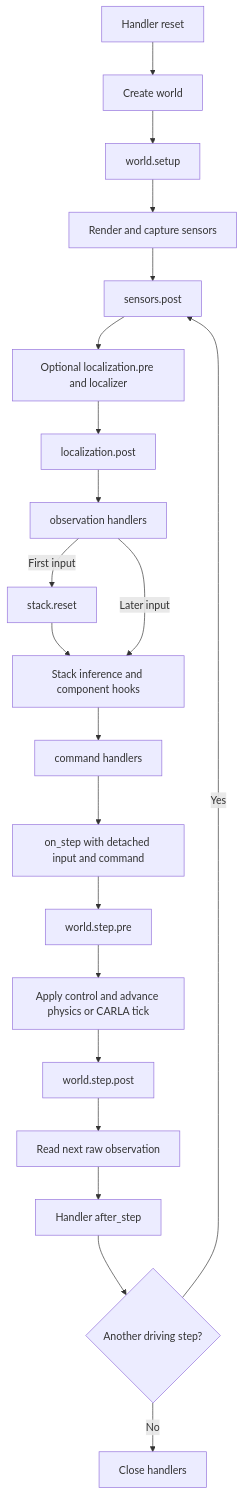
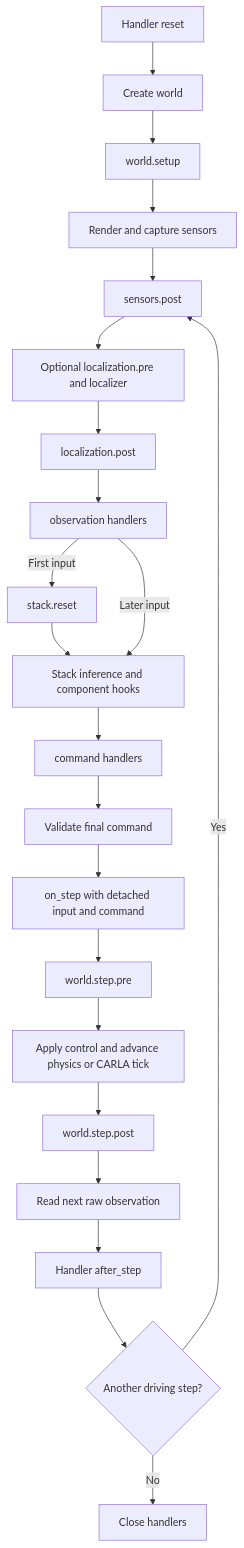
The diagram in docs/INTERVENTIONS.md (AVSecProject/AVSecTester), drawn with Mermaid before and after one commit. The commit also changed other lines of this file and 11 other files, not shown here.

````diff
--- a/docs/INTERVENTIONS.md
+++ b/docs/INTERVENTIONS.md
@@ -304,23 +510,24 @@
 ```mermaid
 flowchart TD
     RESET[Handler reset] --> WORLD[Create world]
     WORLD --> SETUP[world.setup]
     SETUP --> CAPTURE[Render and capture sensors]
     CAPTURE --> SENSOR[sensors.post]
     SENSOR --> LOCAL[Optional localization.pre and localizer]
     LOCAL --> EST[localization.post]
     EST --> OBS[observation handlers]
     OBS -->|First input| INIT[stack.reset]
     INIT --> STACK[Stack inference and component hooks]
     OBS -->|Later input| STACK
     STACK --> CMD[command handlers]
-    CMD --> MON[on_step with detached input and command]
+    CMD --> VALIDATE[Validate final command]
+    VALIDATE --> MON[on_step with detached input and command]
     MON --> PRE[world.step.pre]
     PRE --> PHYS[Apply control and advance physics or CARLA tick]
     PHYS --> POST[world.step.post]
     POST --> NEXT[Read next raw observation]
     NEXT --> FEEDBACK[Handler after_step]
     FEEDBACK --> MORE{Another driving step?}
     MORE -->|Yes| SENSOR
     MORE -->|No| CLOSE[Close handlers]
 ```
````
